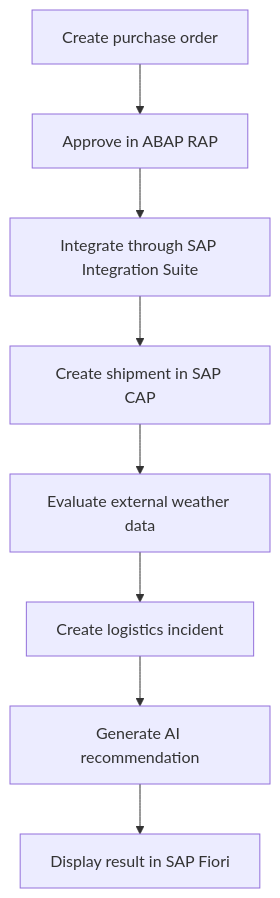
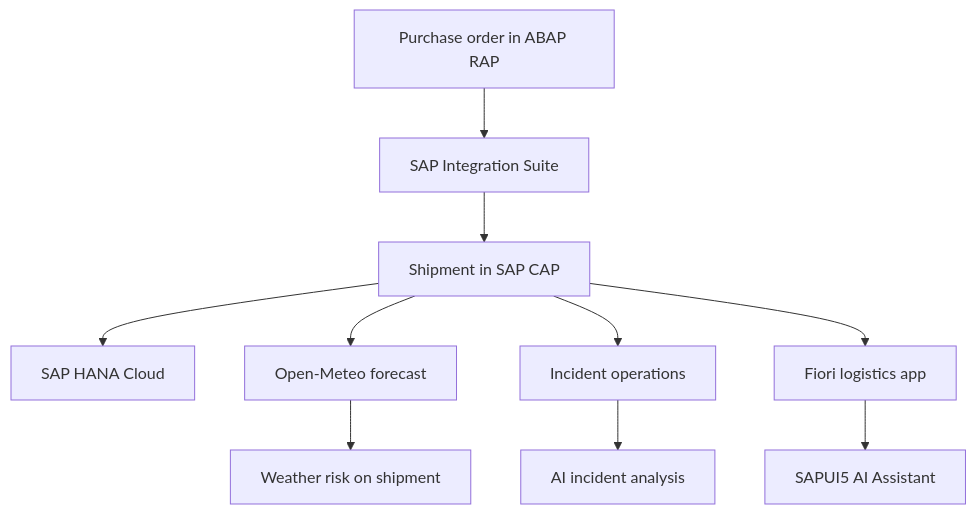
Before and after one commit to narcisohidalgo/smartlogistics-btp: the diagram in README.md, drawn with Mermaid. The commit also changed other lines of this file and 15 other files, not shown here.

````diff
--- a/README.md
+++ b/README.md
@@ -19,10 +31,12 @@
 ```mermaid
 flowchart TD
-    A["Create purchase order"] --> B["Approve in ABAP RAP"]
-    B --> C["Integrate through SAP Integration Suite"]
-    C --> D["Create shipment in SAP CAP"]
-    D --> E["Evaluate external weather data"]
-    E --> F["Create logistics incident"]
-    F --> G["Generate AI recommendation"]
-    G --> H["Display result in SAP Fiori"]
+    A["Purchase order in ABAP RAP"] --> B["SAP Integration Suite"]
+    B --> C["Shipment in SAP CAP"]
+    C --> D["SAP HANA Cloud"]
+    C --> E["Open-Meteo forecast"]
+    E --> F["Weather risk on shipment"]
+    C --> G["Incident operations"]
+    G --> H["AI incident analysis"]
+    C --> I["Fiori logistics app"]
+    I --> J["SAPUI5 AI Assistant"]
 ```
````
